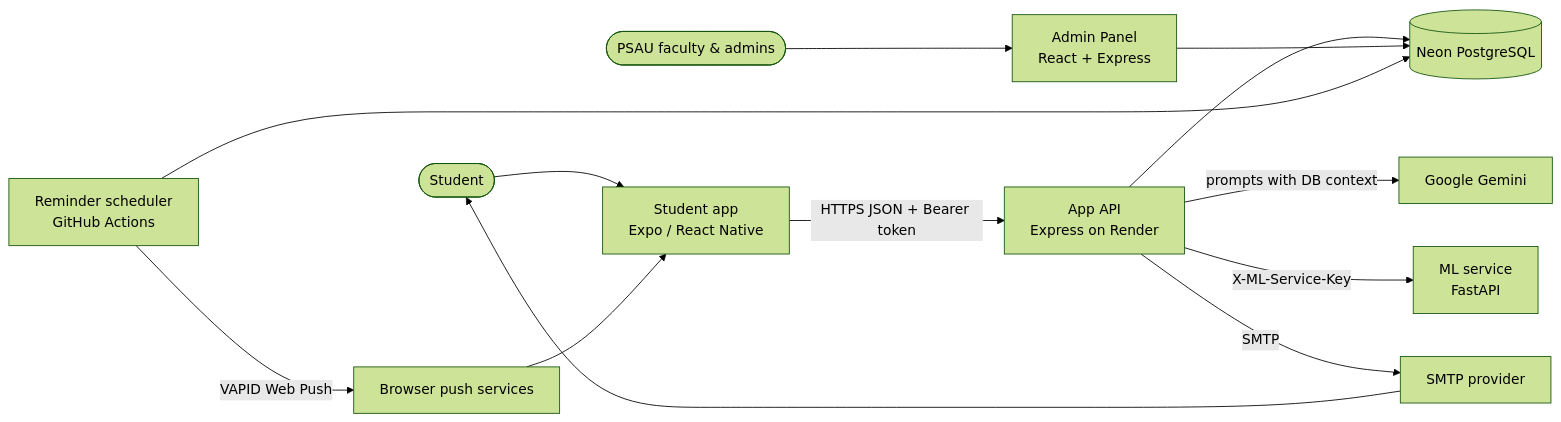
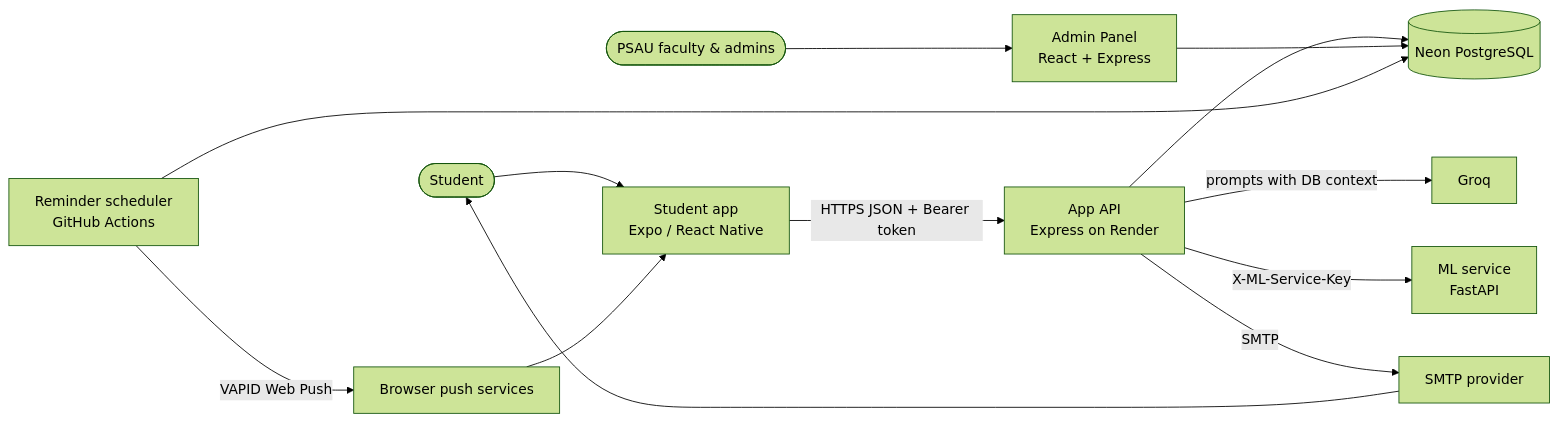
One commit to nathecruz/Capstone-Project changed the first of 9 diagrams in ARCHITECTURE.md. Above: the diagram before and after it, drawn with Mermaid (forest theme). The commit also changed other lines of this file and 22 other files, not shown here.

First line of the commit message:
Switch the AI features from Gemini to Groq (rest of the change)

````diff
--- a/ARCHITECTURE.md
+++ b/ARCHITECTURE.md
@@ -19,16 +19,16 @@
 ```mermaid
 flowchart LR
   student([Student]) --> app[Student app<br/>Expo / React Native]
   staff([PSAU faculty & admins]) --> admin[Admin Panel<br/>React + Express]
 
   app -- HTTPS JSON + Bearer token --> api[App API<br/>Express on Render]
   api --> db[(Neon PostgreSQL)]
   admin --> db
-  api -- prompts with DB context --> gemini[Google Gemini]
+  api -- prompts with DB context --> groq[Groq]
   api -- X-ML-Service-Key --> ml[ML service<br/>FastAPI]
   api -- SMTP --> mail[SMTP provider]
   cron[Reminder scheduler<br/>GitHub Actions] --> db
   cron -- VAPID Web Push --> push[Browser push services]
   push --> app
   mail --> student
 ```
````
